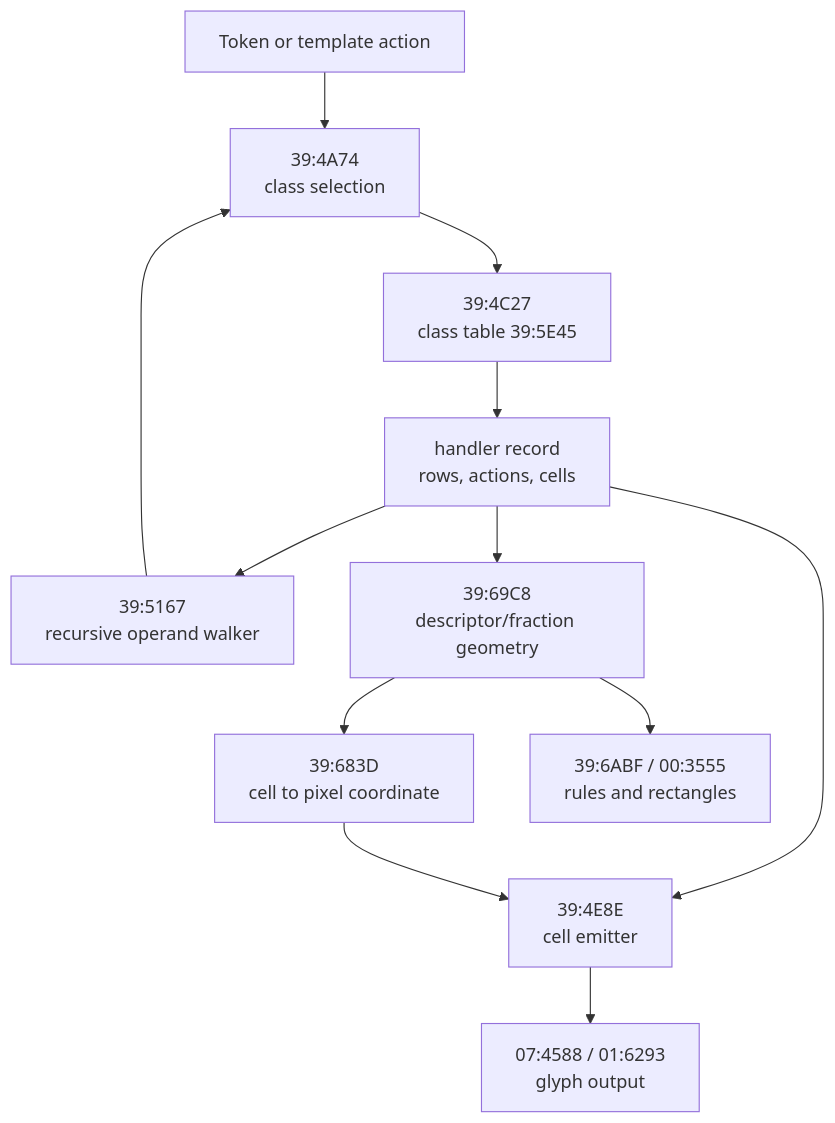
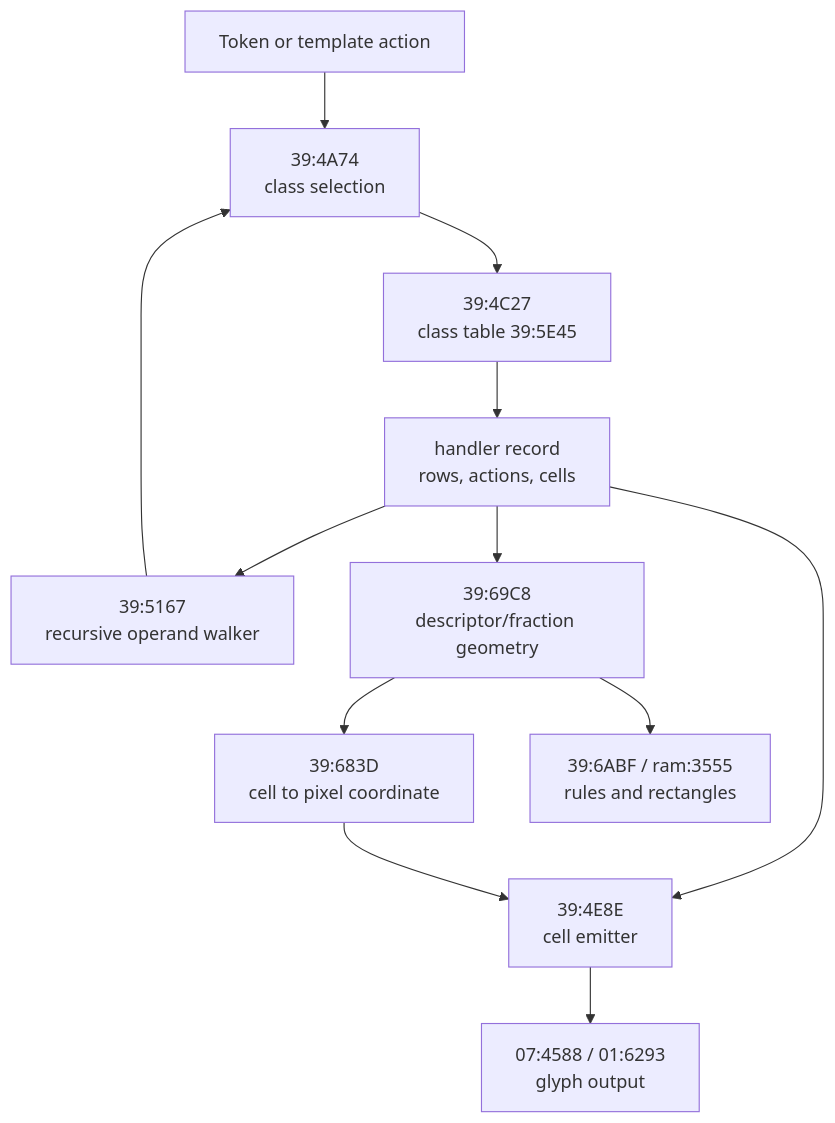
One commit to siraben/ti84p-re changed the diagram in docs/sub-equation-display.md. Above: the diagram before and after it, drawn with Mermaid. The commit also changed other lines of this file and 17 other files, not shown here.

````diff
--- a/docs/sub-equation-display.md
+++ b/docs/sub-equation-display.md
@@ -16,14 +16,14 @@
 ```mermaid
 flowchart TD
     token["Token or template action"] --> dispatch["39:4A74<br/>class selection"]
     dispatch --> table["39:4C27<br/>class table 39:5E45"]
     table --> record["handler record<br/>rows, actions, cells"]
     record --> operand["39:5167<br/>recursive operand walker"]
     record --> cell["39:4E8E<br/>cell emitter"]
     record --> geom["39:69C8<br/>descriptor/fraction geometry"]
     operand --> dispatch
     geom --> coord["39:683D<br/>cell to pixel coordinate"]
     coord --> cell
     cell --> glyph["07:4588 / 01:6293<br/>glyph output"]
-    geom --> rules["39:6ABF / 00:3555<br/>rules and rectangles"]
+    geom --> rules["39:6ABF / ram:3555<br/>rules and rectangles"]
 ```
````
